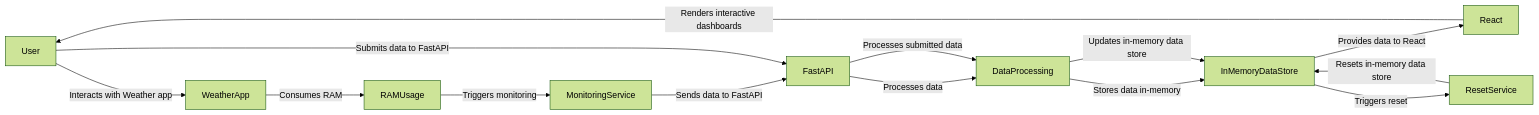
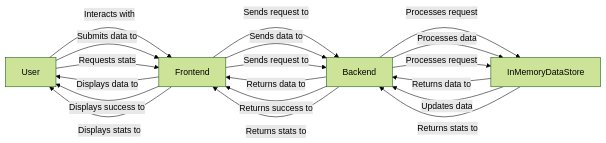
The diagram in README.md (coddyieee-sketch/ram-weather-optimizer-tool), drawn with Mermaid (forest theme) before and after one commit. The commit also changed other lines of this file and 5 other files, not shown here.

First line of the commit message:
feat: initial release of ram-weather-optimizer-tool for 'Windows 11's built-in Weather app wastes more than 1 GB of RAM'

````diff
--- a/README.md
+++ b/README.md
@@ -24,16 +21,21 @@
 ```mermaid
 graph LR
-    User -->|Interacts with Weather app| WeatherApp
-    WeatherApp -->|Consumes RAM| RAMUsage
-    RAMUsage -->|Triggers monitoring| MonitoringService
-    MonitoringService -->|Sends data to FastAPI| FastAPI
-    FastAPI -->|Processes data| DataProcessing
-    DataProcessing -->|Stores data in-memory| InMemoryDataStore
-    InMemoryDataStore -->|Provides data to React| React
-    React -->|Renders interactive dashboards| User
-    User -->|Submits data to FastAPI| FastAPI
-    FastAPI -->|Processes submitted data| DataProcessing
-    DataProcessing -->|Updates in-memory data store| InMemoryDataStore
-    InMemoryDataStore -->|Triggers reset| ResetService
-    ResetService -->|Resets in-memory data store| InMemoryDataStore
+    User -->|Interacts with| Frontend
+    Frontend -->|Sends request to| Backend
+    Backend -->|Processes request| InMemoryDataStore
+    InMemoryDataStore -->|Returns data to| Backend
+    Backend -->|Returns data to| Frontend
+    Frontend -->|Displays data to| User
+    User -->|Submits data to| Frontend
+    Frontend -->|Sends data to| Backend
+    Backend -->|Processes data| InMemoryDataStore
+    InMemoryDataStore -->|Updates data| Backend
+    Backend -->|Returns success to| Frontend
+    Frontend -->|Displays success to| User
+    User -->|Requests stats| Frontend
+    Frontend -->|Sends request to| Backend
+    Backend -->|Processes request| InMemoryDataStore
+    InMemoryDataStore -->|Returns stats to| Backend
+    Backend -->|Returns stats to| Frontend
+    Frontend -->|Displays stats to| User
 ```
````
